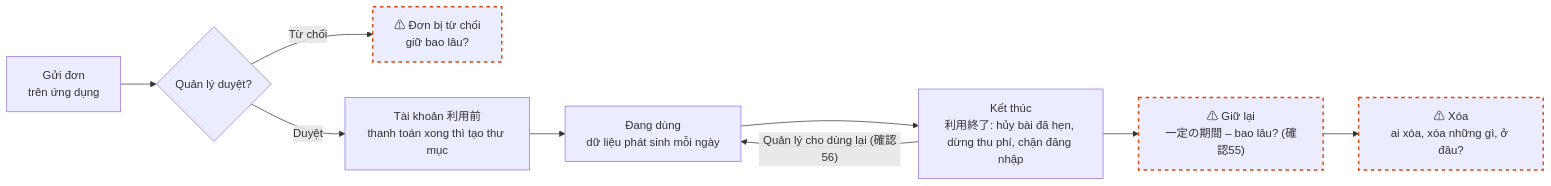
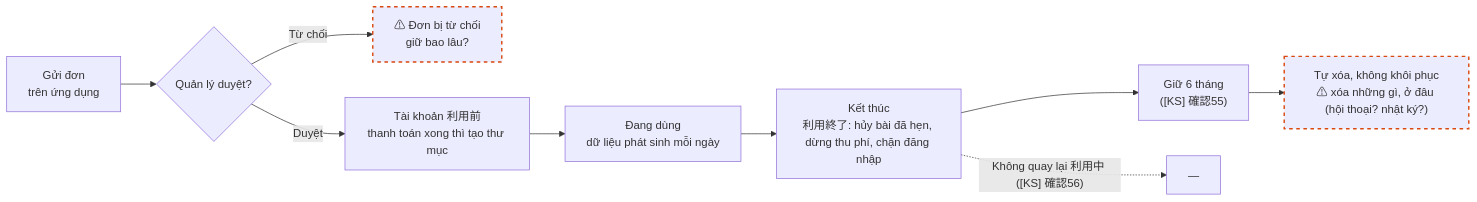
One commit to hailt-amcolab/ai_talent_os_docs changed the third of 3 diagrams in Phan_tich/07_Du_lieu_va_ERD.md. Above: the diagram before and after it, drawn with Mermaid. The commit also changed other lines of this file and 188 other files, not shown here.

````diff
--- a/Phan_tich/07_Du_lieu_va_ERD.md
+++ b/Phan_tich/07_Du_lieu_va_ERD.md
@@ -406,13 +399,13 @@
 ```mermaid
 flowchart LR
   A0["Gửi đơn<br/>trên ứng dụng"] --> A1{"Quản lý duyệt?"}
   A1 -- "Từ chối" --> R["⚠ Đơn bị từ chối<br/>giữ bao lâu?"]
   A1 -- "Duyệt" --> A["Tài khoản 利用前<br/>thanh toán xong thì tạo thư mục"]
   A --> B["Đang dùng<br/>dữ liệu phát sinh mỗi ngày"]
   B --> C["Kết thúc<br/>利用終了: hủy bài đã hẹn, dừng thu phí, chặn đăng nhập"]
-  C --> D["⚠ Giữ lại<br/>一定の期間 – bao lâu? (確認55)"]
-  D --> E["⚠ Xóa<br/>ai xóa, xóa những gì, ở đâu?"]
-  C -- "Quản lý cho dùng lại (確認56)" --> B
+  C --> D["Giữ 6 tháng<br/>([KS] 確認55)"]
+  D --> E["Tự xóa, không khôi phục<br/>⚠ xóa những gì, ở đâu (hội thoại? nhật ký?)"]
+  C -. "Không quay lại 利用中 ([KS] 確認56)" .-> X["—"]
   classDef unclear stroke:#d9480f,stroke-width:2px,stroke-dasharray:5 5
-  class R,D,E unclear
+  class R,E unclear
 ```
````
